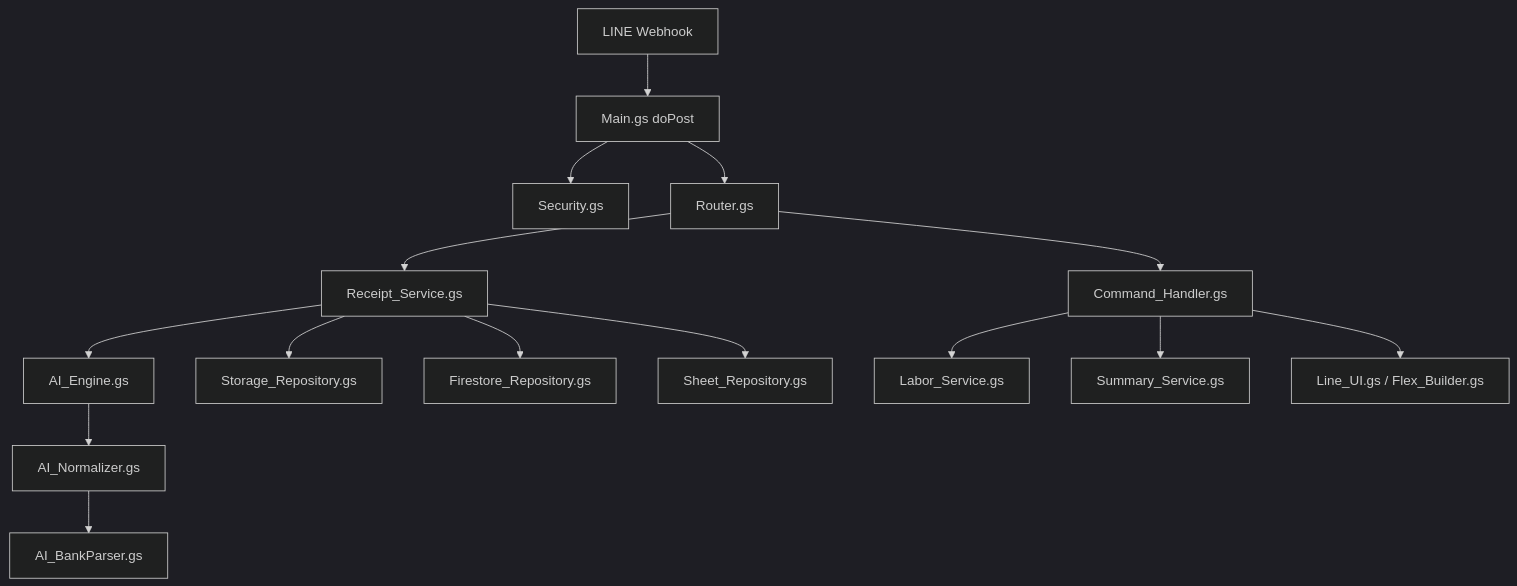
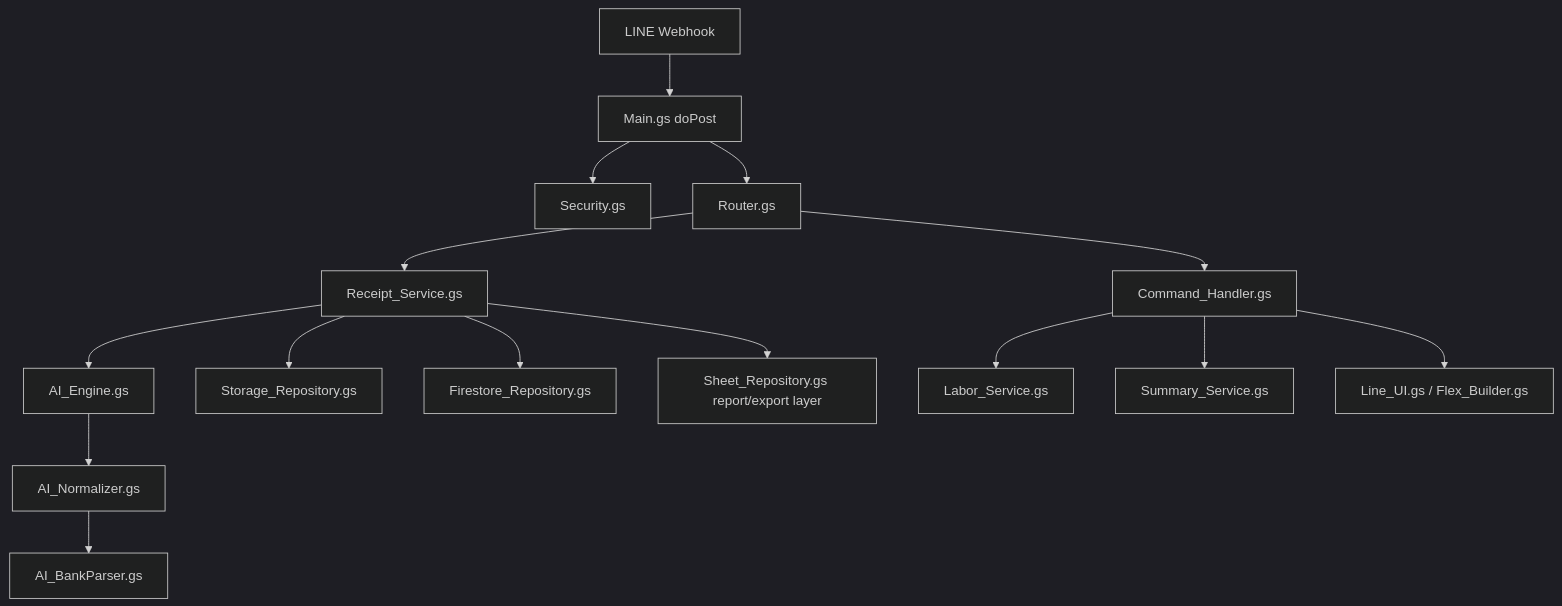
Before and after one commit to SatongLuvAom/line-finance-bot: the first of 4 diagrams in docs/ARCHITECTURE.md, drawn with Mermaid (dark theme). The commit also changed other lines of this file and 31 other files, not shown here.

````diff
--- a/docs/ARCHITECTURE.md
+++ b/docs/ARCHITECTURE.md
@@ -7,17 +25,17 @@
 ```mermaid
 flowchart TD
   LINE["LINE Webhook"] --> Main["Main.gs doPost"]
   Main --> Security["Security.gs"]
   Main --> Router["Router.gs"]
   Router --> Commands["Command_Handler.gs"]
   Router --> Receipt["Receipt_Service.gs"]
   Receipt --> AI["AI_Engine.gs"]
   AI --> Normalizer["AI_Normalizer.gs"]
   Normalizer --> Bank["AI_BankParser.gs"]
   Receipt --> Storage["Storage_Repository.gs"]
   Receipt --> Firestore["Firestore_Repository.gs"]
-  Receipt --> Sheet["Sheet_Repository.gs"]
+  Receipt --> Sheet["Sheet_Repository.gs report/export layer"]
   Commands --> Labor["Labor_Service.gs"]
   Commands --> Summary["Summary_Service.gs"]
   Commands --> UI["Line_UI.gs / Flex_Builder.gs"]
 ```
````
